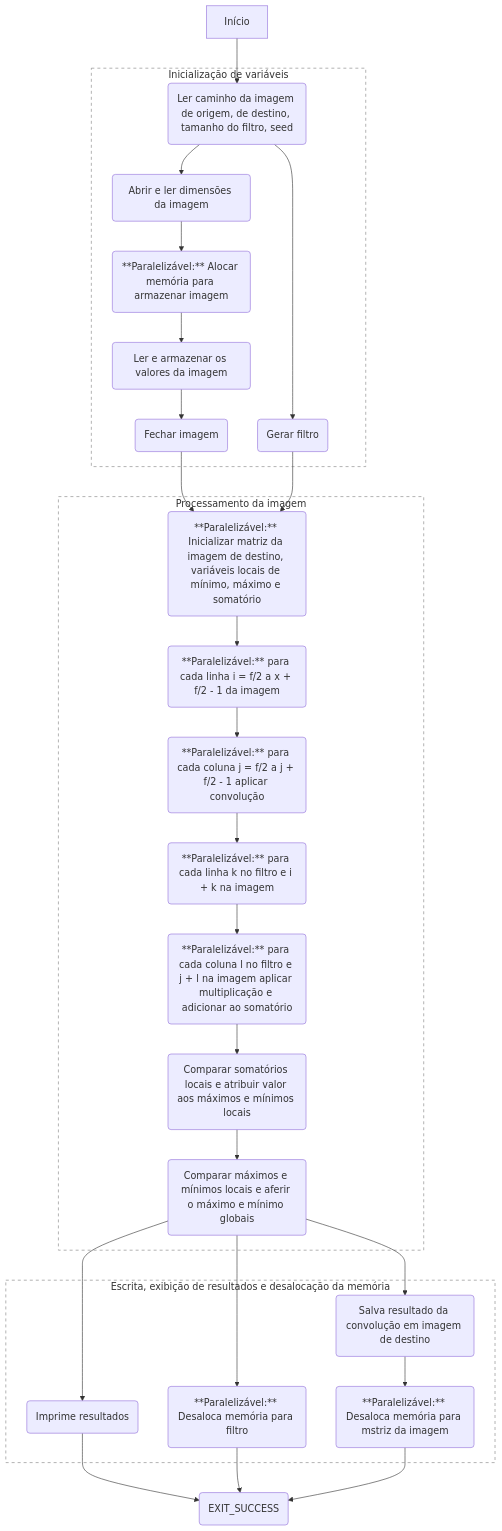
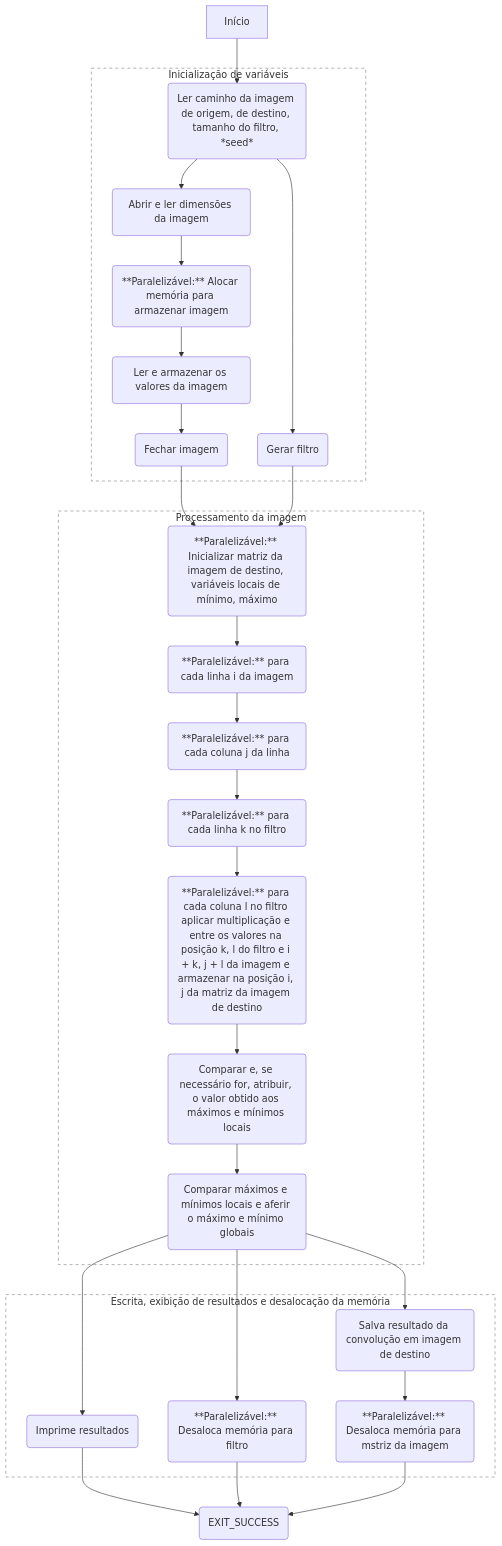
The diagram in trabalho_1/README.md (de-abreu/alto_desempenho), drawn with Mermaid before and after one commit. The commit also changed other lines of this file and 11 other files, not shown here.

````diff
--- a/trabalho_1/README.md
+++ b/trabalho_1/README.md
@@ -31,37 +23,37 @@
 ```mermaid
 flowchart TD
-    start[Início] --> A1(Ler caminho da imagem de origem, de destino, tamanho do filtro, seed )
+    start[Início] --> A1(Ler caminho da imagem de origem, de destino, tamanho do filtro, *seed* )
     subgraph r1 [Inicialização de variáveis]
         style r1 stroke-dasharray: 5, 5, fill:none, stroke: grey
 
         A1 --> B1(Abrir e ler dimensões da imagem)
         A1 --> A2(Gerar filtro)
         B1 --> B2(**Paralelizável:** Alocar memória para armazenar imagem)
         B2 --> B3(Ler e armazenar os valores da imagem)
         B3 --> B4(Fechar imagem)
 
     end
     subgraph r2 [Processamento da imagem]
         style r2 stroke-dasharray: 5, 5, fill:none, stroke: grey
 
-        B4 --> C1(**Paralelizável:** Inicializar matriz da imagem de destino, variáveis locais de mínimo, máximo e somatório)
+        B4 --> C1(**Paralelizável:** Inicializar matriz da imagem de destino, variáveis locais de mínimo, máximo)
         A2 --> C1
-        C1 --> C2(**Paralelizável:** para cada linha i = f/2 a x + f/2 - 1 da imagem)
-        C2 --> C3(**Paralelizável:** para cada coluna j = f/2 a j + f/2 - 1 aplicar convolução)
-        C3 --> C4(**Paralelizável:** para cada linha k no filtro e i + k na imagem)
-        C4 --> C5(**Paralelizável:** para cada coluna l no filtro e j + l na imagem aplicar multiplicação e adicionar ao somatório)
-        C5 --> C6(Comparar somatórios locais e atribuir valor aos máximos e mínimos locais)
+        C1 --> C2(**Paralelizável:** para cada linha i da imagem)
+        C2 --> C3(**Paralelizável:** para cada coluna j da linha)
+        C3 --> C4(**Paralelizável:** para cada linha k no filtro)
+        C4 --> C5(**Paralelizável:** para cada coluna l no filtro aplicar multiplicação e entre os valores na posição k, l do filtro e i + k, j + l da imagem e armazenar na posição i, j da matriz da imagem de destino)
+        C5 --> C6(Comparar e, se necessário for, atribuir, o valor obtido aos máximos e mínimos locais)
         C6 --> C7(Comparar máximos e mínimos locais e aferir o máximo e mínimo globais)
     end
     subgraph r3 [Escrita, exibição de resultados e desalocação da memória]
         style r3 stroke-dasharray: 5, 5, fill:none, stroke: grey
         C7 --> D1(Imprime resultados)
         C7 --> D2(**Paralelizável:** Desaloca memória para filtro)
         C7 --> D3(Salva resultado da convolução em imagem de destino)
         D3 --> D4(**Paralelizável:** Desaloca memória para mstriz da imagem)
     end
 
     D1 --> EXIT(EXIT_SUCCESS)
     D2 --> EXIT
     D4 --> EXIT
 ```
````
